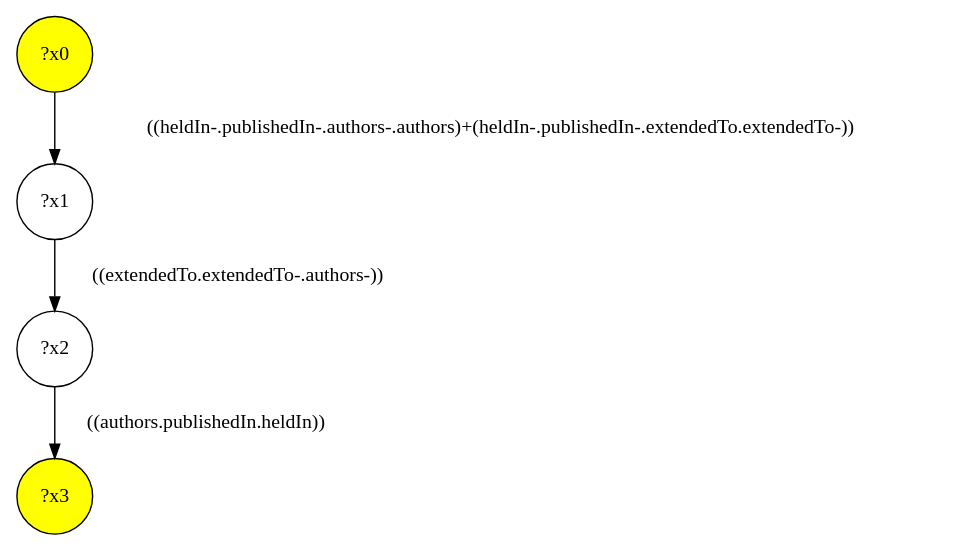
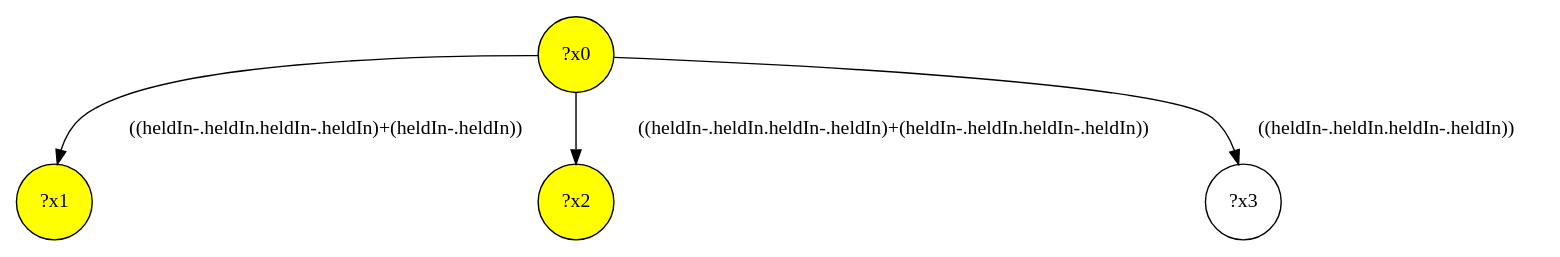
Before and after one commit to gbagan/gmark: the diagram in demo/test-a/test-a-interface/query-5.dot, drawn with Graphviz. The commit also changed 707 other files, not shown here.

```diff
--- a/demo/test-a/test-a-interface/query-5.dot
+++ b/demo/test-a/test-a-interface/query-5.dot
@@ -1,9 +1,9 @@
 digraph g {
+	x1 [fillcolor="yellow", style="filled," shape=circle, label="?x1"];
 	x0 [fillcolor="yellow", style="filled," shape=circle, label="?x0"];
-	x3 [fillcolor="yellow", style="filled," shape=circle, label="?x3"];
-	x1 [shape=circle, label="?x1"];
-	x0 -> x1 [label="((heldIn-.publishedIn-.authors-.authors)+(heldIn-.publishedIn-.extendedTo.extendedTo-))"];
-	x2 [shape=circle, label="?x2"];
-	x1 -> x2 [label="((extendedTo.extendedTo-.authors-))"];
-	x2 -> x3 [label="((authors.publishedIn.heldIn))"];
+	x2 [fillcolor="yellow", style="filled," shape=circle, label="?x2"];
+	x0 -> x1 [label="((heldIn-.heldIn.heldIn-.heldIn)+(heldIn-.heldIn))"];
+	x0 -> x2 [label="((heldIn-.heldIn.heldIn-.heldIn)+(heldIn-.heldIn.heldIn-.heldIn))"];
+	x3 [shape=circle, label="?x3"];
+	x0 -> x3 [label="((heldIn-.heldIn.heldIn-.heldIn))"];
 }
```
